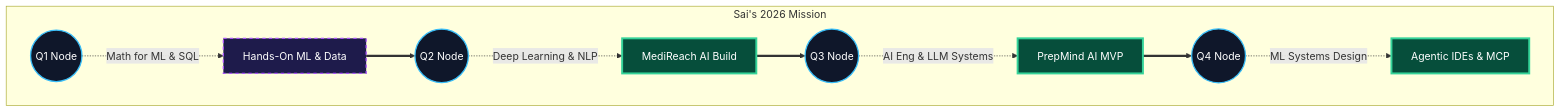
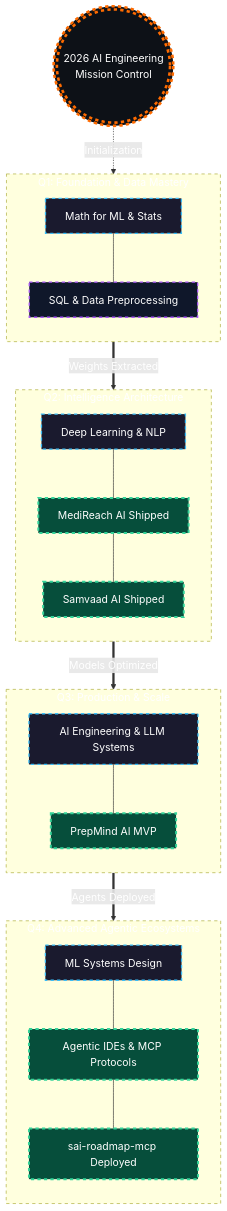
The second of 2 diagrams in README.md (saichintamani/saichintamani), drawn with Mermaid before and after one commit. The commit also changed other lines of this file, not shown here.

Commit message:
feat: Upgrade About Me, inject Tech Stack Mindmap, and drastically enhance 2026 AI Roadmap flowchart

````diff
--- a/README.md
+++ b/README.md
@@ -230,25 +257,49 @@
 ```mermaid
-graph LR
-    %% High-Tech Cybernetic Styling
-    classDef quarter fill:#0f172a,stroke:#38bdf8,stroke-width:2px,color:#fff
-    classDef milestone fill:#1e1b4b,stroke:#a855f7,stroke-width:2px,color:#fff,stroke-dasharray: 5 5
+flowchart TD
+    %% High-Tech Cybernetic Styling & Glowing Parameters
+    classDef root fill:#0D1117,stroke:#FF6B00,stroke-width:4px,color:#fff,stroke-dasharray: 5 5
+    classDef phase fill:#1A1A2E,stroke:#38bdf8,stroke-width:2px,color:#fff
+    classDef tech fill:#0f172a,stroke:#a855f7,stroke-width:2px,color:#fff
     classDef shipped fill:#064e3b,stroke:#34d399,stroke-width:3px,color:#fff
-    
-    subgraph Year [Sai's 2026 Mission]
-        direction LR
-        
-        Q1((Q1 Node)):::quarter
-        Q2((Q2 Node)):::quarter
-        Q3((Q3 Node)):::quarter
-        Q4((Q4 Node)):::quarter
-        
-        Q1 -.->|Math for ML & SQL| M1[Hands-On ML & Data]:::milestone
-        Q2 -.->|Deep Learning & NLP| M2[MediReach AI Build]:::shipped
-        Q3 -.->|AI Eng & LLM Systems| M3[PrepMind AI MVP]:::shipped
-        Q4 -.->|ML Systems Design| M4[Agentic IDEs & MCP]:::shipped
-        
-        M1 ==> Q2
-        M2 ==> Q3
-        M3 ==> Q4
+    classDef pending fill:#451a03,stroke:#fbbf24,stroke-width:2px,color:#fff
+
+    Root(((2026 AI Engineering<br/>Mission Control))):::root
+
+    subgraph Q1 [Q1: Foundation & Data Mastery]
+        direction TB
+        M1[Math for ML & Stats]:::phase
+        M2[SQL & Data Preprocessing]:::tech
     end
+
+    subgraph Q2 [Q2: Intelligence Architecture]
+        direction TB
+        D1[Deep Learning & NLP]:::phase
+        D2[MediReach AI Shipped]:::shipped
+        D3[Samvaad AI Shipped]:::shipped
+    end
+
+    subgraph Q3 [Q3: Production & Scale]
+        direction TB
+        A1[AI Engineering & LLM Systems]:::phase
+        A2[PrepMind AI MVP]:::shipped
+    end
+
+    subgraph Q4 [Q4: Advanced Agentic Ecosystems]
+        direction TB
+        S1[ML Systems Design]:::phase
+        S2[Agentic IDEs & MCP Protocols]:::shipped
+        S3[sai-roadmap-mcp Deployed]:::shipped
+    end
+
+    %% Animated Data Flow Pipeline
+    Root -.->|Initialization| Q1
+    Q1 ==>|Weights Extracted| Q2
+    Q2 ==>|Models Optimized| Q3
+    Q3 ==>|Agents Deployed| Q4
+
+    %% Internal linking for dense, advanced visual
+    M1 --- M2
+    D1 --- D2 --- D3
+    A1 --- A2
+    S1 --- S2 --- S3
 ```
````
